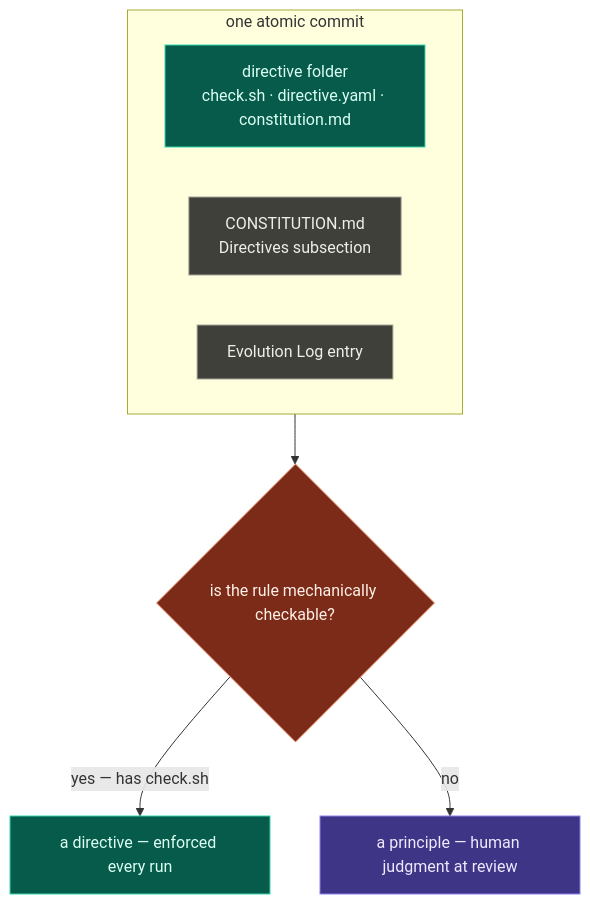
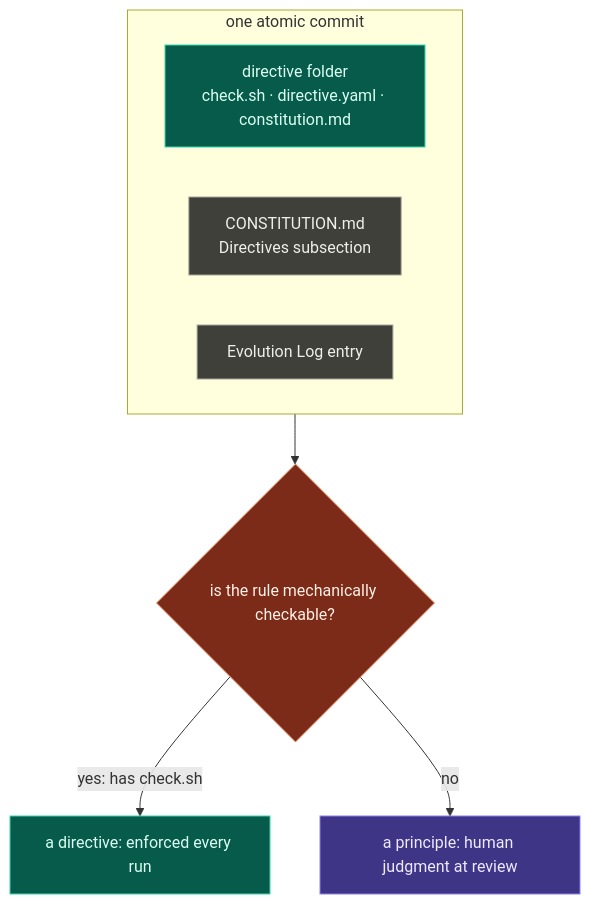
One commit to Duaility/governance-kit changed the second of 3 diagrams in docs/guide/mental-models.mdx. Above: the diagram before and after it, drawn with Mermaid. The commit also changed other lines of this file and 16 other files, not shown here.

````diff
--- a/docs/guide/mental-models.mdx
+++ b/docs/guide/mental-models.mdx
@@ -52,22 +52,22 @@
 ```mermaid
 flowchart TB
   subgraph commit["one atomic commit"]
     direction LR
     F["directive folder<br/>check.sh · directive.yaml · constitution.md"]
     S["CONSTITUTION.md<br/>Directives subsection"]
     L["Evolution Log entry"]
   end
   commit --> G{"is the rule mechanically checkable?"}
-  G -->|"yes — has check.sh"| D["a directive — enforced every run"]
-  G -->|"no"| P["a principle — human judgment at review"]
+  G -->|"yes: has check.sh"| D["a directive: enforced every run"]
+  G -->|"no"| P["a principle: human judgment at review"]
 
   classDef directive fill:#075b4a,stroke:#36d6af,color:#dcfff4
   classDef record fill:#3f403a,stroke:#a5a49b,color:#efeee8
   classDef gate fill:#7b2b17,stroke:#ef9673,color:#fff0e8
   classDef human fill:#3f3586,stroke:#8b7ff0,color:#eeeaff
   class F directive
   class S,L record
   class G gate
   class D directive
   class P human
 ```
````
